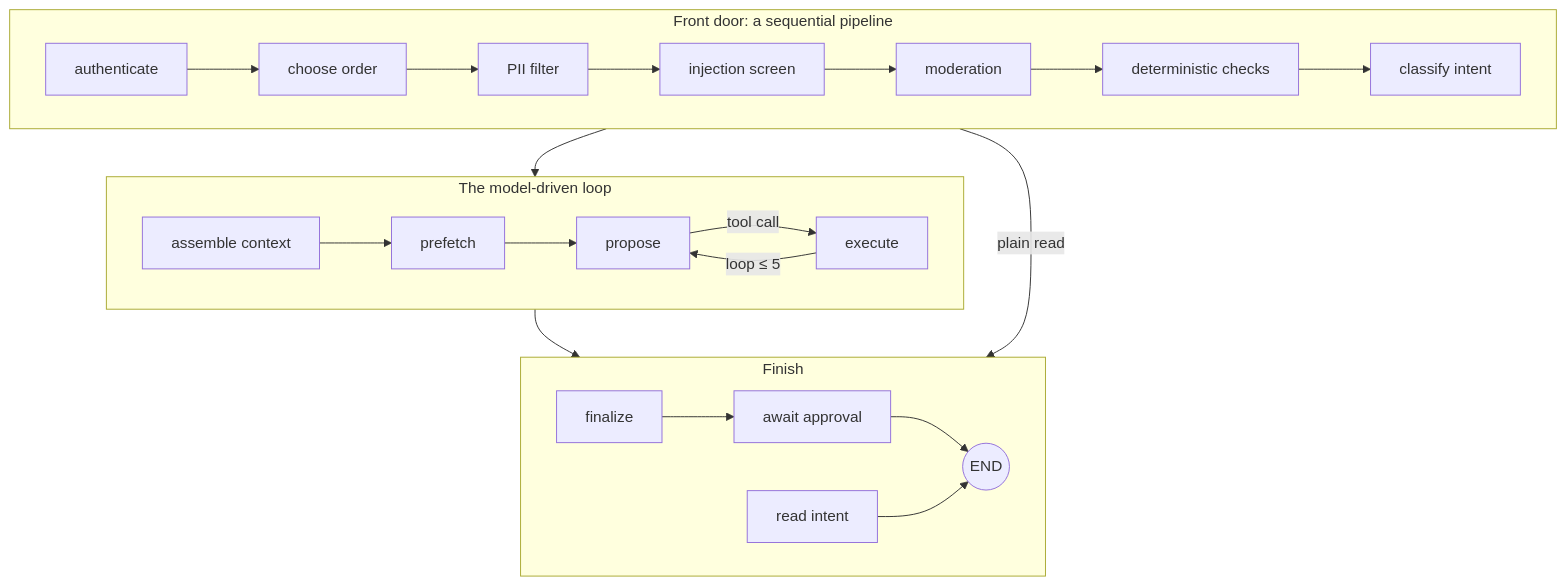
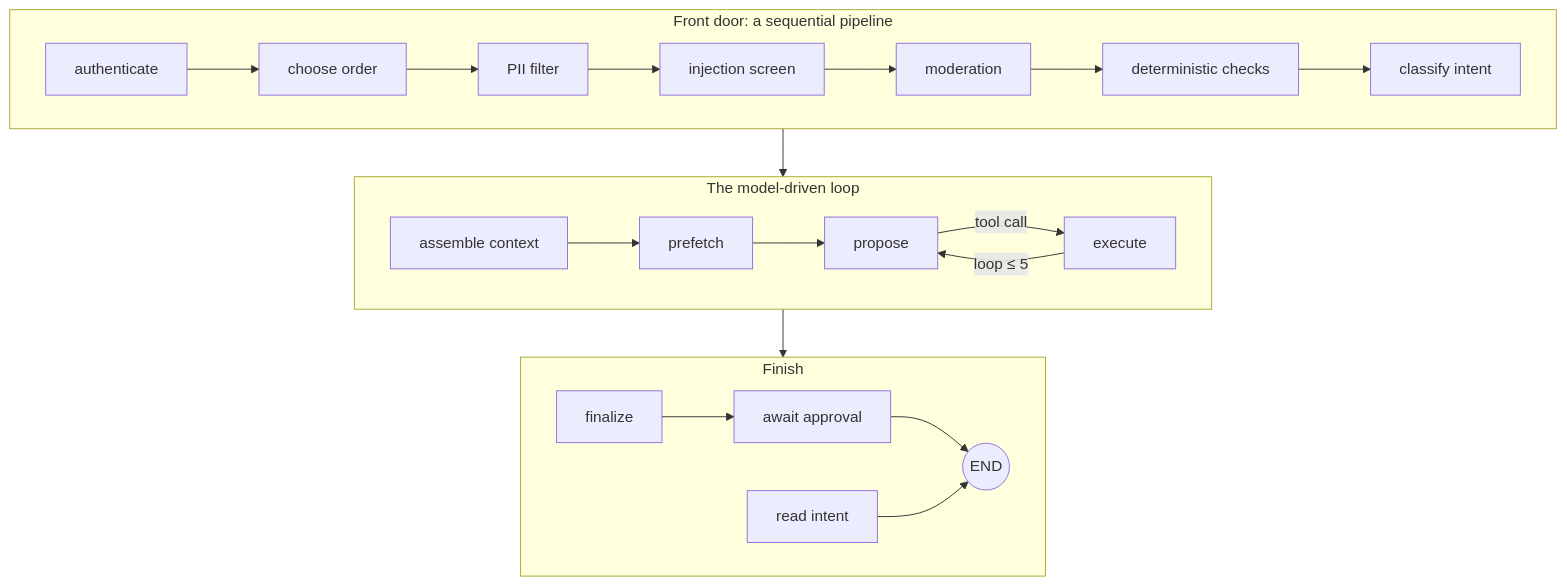
One commit to kk-engineer/robosathi changed the seventh of 8 diagrams in content/en/docs/agentic_ai/workflow_design_patterns.md. Above: the diagram before and after it, drawn with Mermaid. The commit also changed other lines of this file and 17 other files, not shown here.

````diff
--- a/content/en/docs/agentic_ai/workflow_design_patterns.md
+++ b/content/en/docs/agentic_ai/workflow_design_patterns.md
@@ -185,22 +188,21 @@
 ```mermaid
 graph TB
     subgraph FD ["Front door: a sequential pipeline"]
     direction LR
     A[authenticate] --> CO[choose order] --> P1[PII filter] --> P2[injection screen]
     P2 --> P3[moderation] --> P4[deterministic checks] --> CI[classify intent]
     end
     subgraph Core ["The model-driven loop"]
     direction LR
     AC[assemble context] --> PF[prefetch] --> PR[propose]
     PR -->|tool call| EX[execute]
     EX -->|"loop ≤ 5"| PR
     end
     subgraph Close ["Finish"]
     direction LR
     FN[finalize] --> AW[await approval] --> E((END))
     RI[read intent] --> E
     end
-    CI -->|plain read| RI
-    CI --> AC
-    PR --> FN
+    FD --> Core
+    Core --> Close
 ```
````
